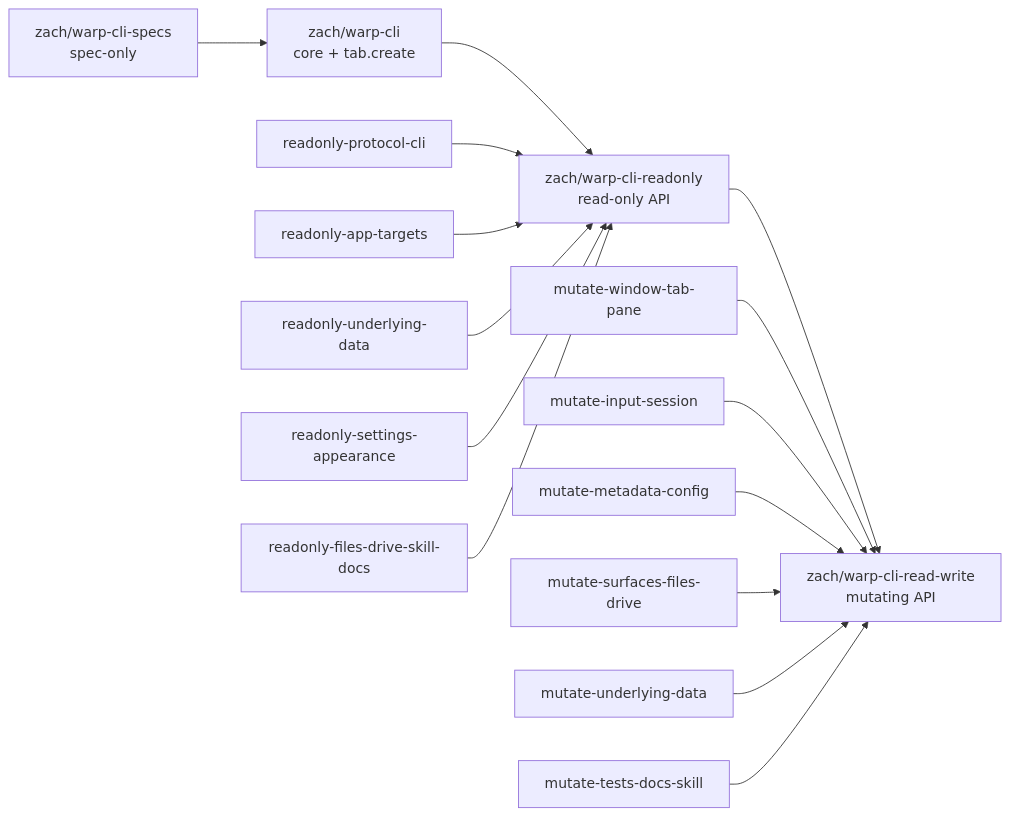
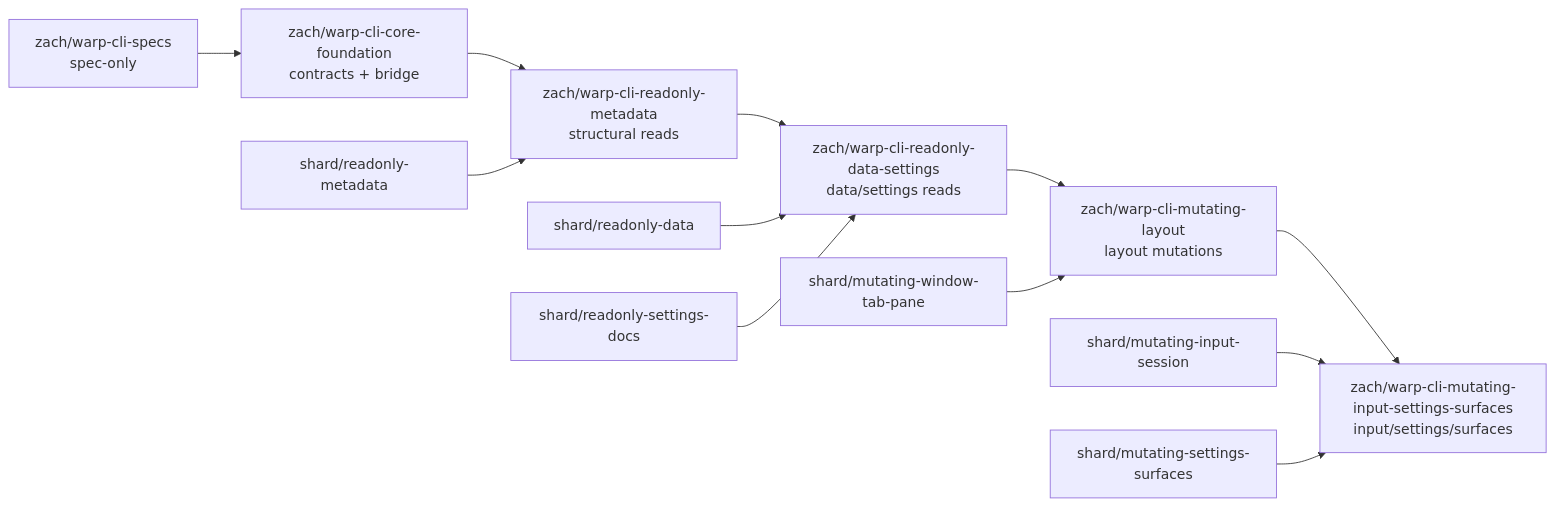
The second of 2 diagrams in specs/warp-control-cli/TECH.md (vampik33/warp), drawn with Mermaid before and after one commit. The commit also changed other lines of this file, not shown here.

````diff
--- a/specs/warp-control-cli/TECH.md
+++ b/specs/warp-control-cli/TECH.md
@@ -484,17 +509,14 @@
 ```mermaid
 flowchart LR
-    Specs["zach/warp-cli-specs<br/>spec-only"] --> Core["zach/warp-cli<br/>core + tab.create"]
-    Core --> RO["zach/warp-cli-readonly<br/>read-only API"]
-    RO --> RW["zach/warp-cli-read-write<br/>mutating API"]
-    ROShardA["readonly-protocol-cli"] --> RO
-    ROShardB["readonly-app-targets"] --> RO
-    ROShardC["readonly-underlying-data"] --> RO
-    ROShardD["readonly-settings-appearance"] --> RO
-    ROShardE["readonly-files-drive-skill-docs"] --> RO
-    RWShardA["mutate-window-tab-pane"] --> RW
-    RWShardB["mutate-input-session"] --> RW
-    RWShardC["mutate-metadata-config"] --> RW
-    RWShardD["mutate-surfaces-files-drive"] --> RW
-    RWShardE["mutate-underlying-data"] --> RW
-    RWShardF["mutate-tests-docs-skill"] --> RW
+    Specs["zach/warp-cli-specs<br/>spec-only"] --> Core["zach/warp-cli-core-foundation<br/>contracts + bridge"]
+    Core --> ROMeta["zach/warp-cli-readonly-metadata<br/>structural reads"]
+    ROMeta --> ROData["zach/warp-cli-readonly-data-settings<br/>data/settings reads"]
+    ROData --> MutLayout["zach/warp-cli-mutating-layout<br/>layout mutations"]
+    MutLayout --> MutInput["zach/warp-cli-mutating-input-settings-surfaces<br/>input/settings/surfaces"]
+    ROMetaShard["shard/readonly-metadata"] --> ROMeta
+    RODataShard["shard/readonly-data"] --> ROData
+    ROSettingsShard["shard/readonly-settings-docs"] --> ROData
+    MutLayoutShard["shard/mutating-window-tab-pane"] --> MutLayout
+    MutInputShard["shard/mutating-input-session"] --> MutInput
+    MutSettingsShard["shard/mutating-settings-surfaces"] --> MutInput
 ```
````
